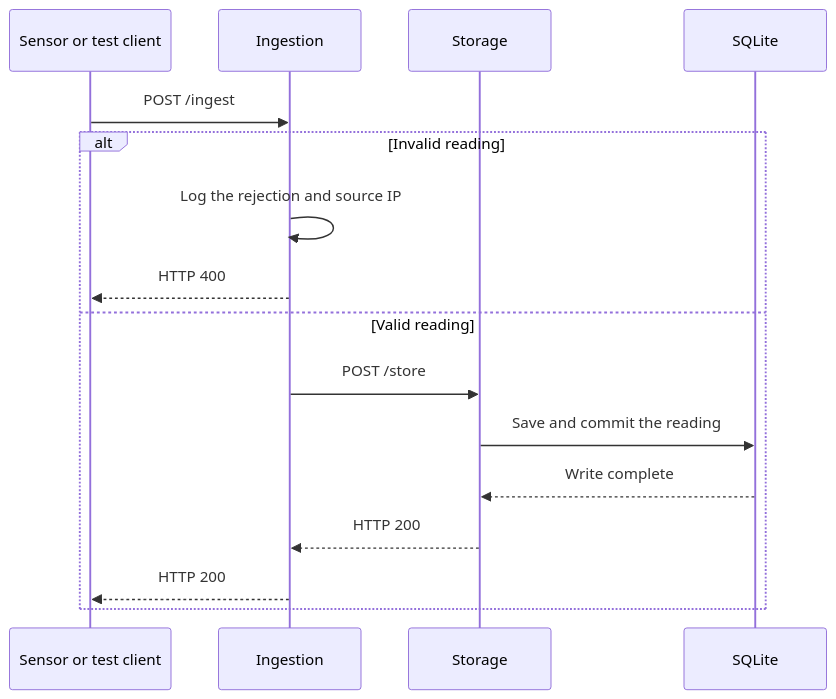
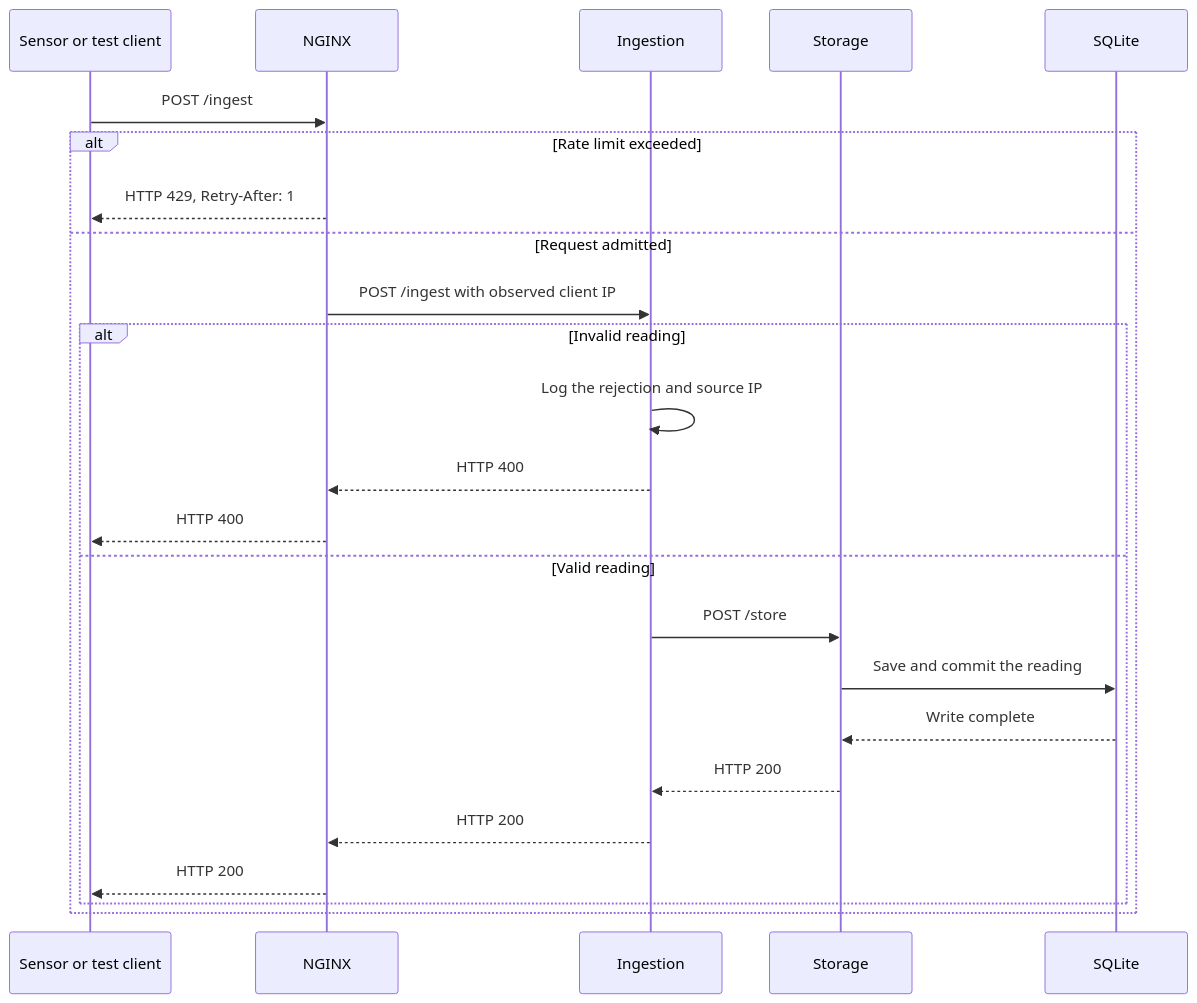
Before and after one commit to tfdmendes/ssle-threat-monitoring: the second of 5 diagrams in README.md, drawn with Mermaid. The commit also changed other lines of this file and 7 other files, not shown here.

First line of the commit message:
feat(ingestion): route POST requests through NGINX

````diff
--- a/README.md
+++ b/README.md
@@ -43,18 +45,26 @@
 ```mermaid
 sequenceDiagram
     participant S as Sensor or test client
+    participant P as NGINX
     participant I as Ingestion
     participant D as Storage
     participant DB as SQLite
-    S->>I: POST /ingest
+    S->>P: POST /ingest
+    alt Rate limit exceeded
+        P-->>S: HTTP 429, Retry-After: 1
+    else Request admitted
+        P->>I: POST /ingest with observed client IP
     alt Invalid reading
         I->>I: Log the rejection and source IP
-        I-->>S: HTTP 400
+        I-->>P: HTTP 400
+        P-->>S: HTTP 400
     else Valid reading
         I->>D: POST /store
         D->>DB: Save and commit the reading
         DB-->>D: Write complete
         D-->>I: HTTP 200
-        I-->>S: HTTP 200
+        I-->>P: HTTP 200
+        P-->>S: HTTP 200
+    end
     end
 ```
````
